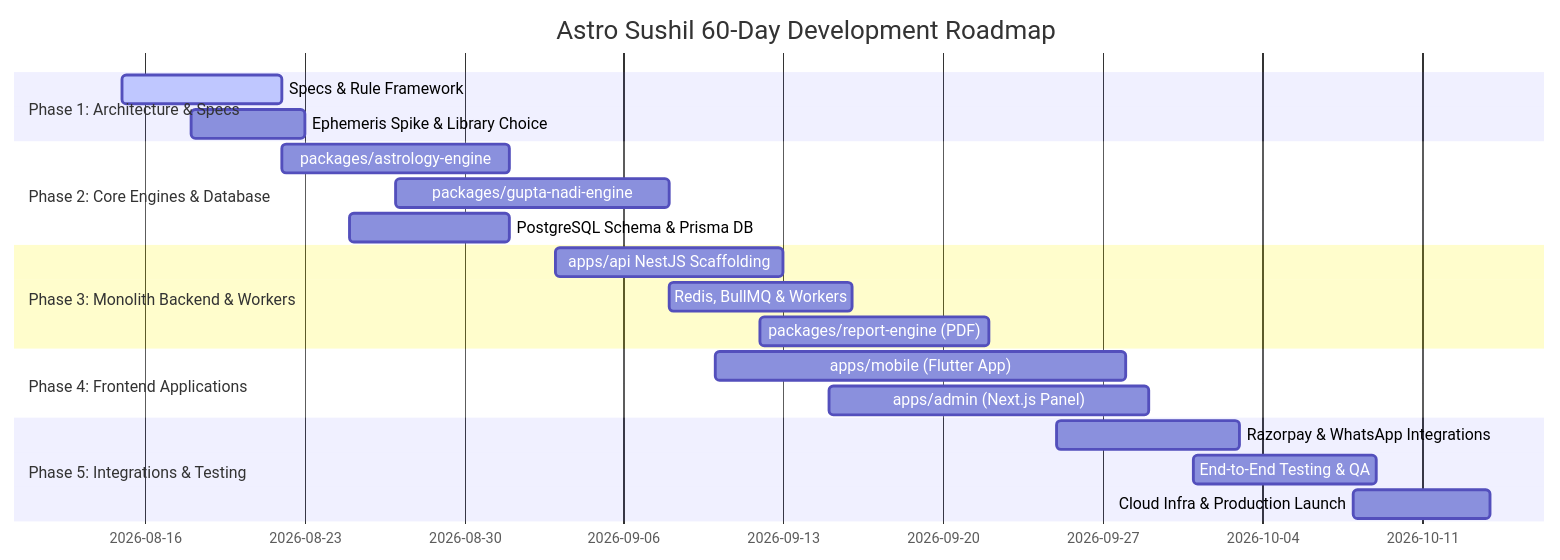
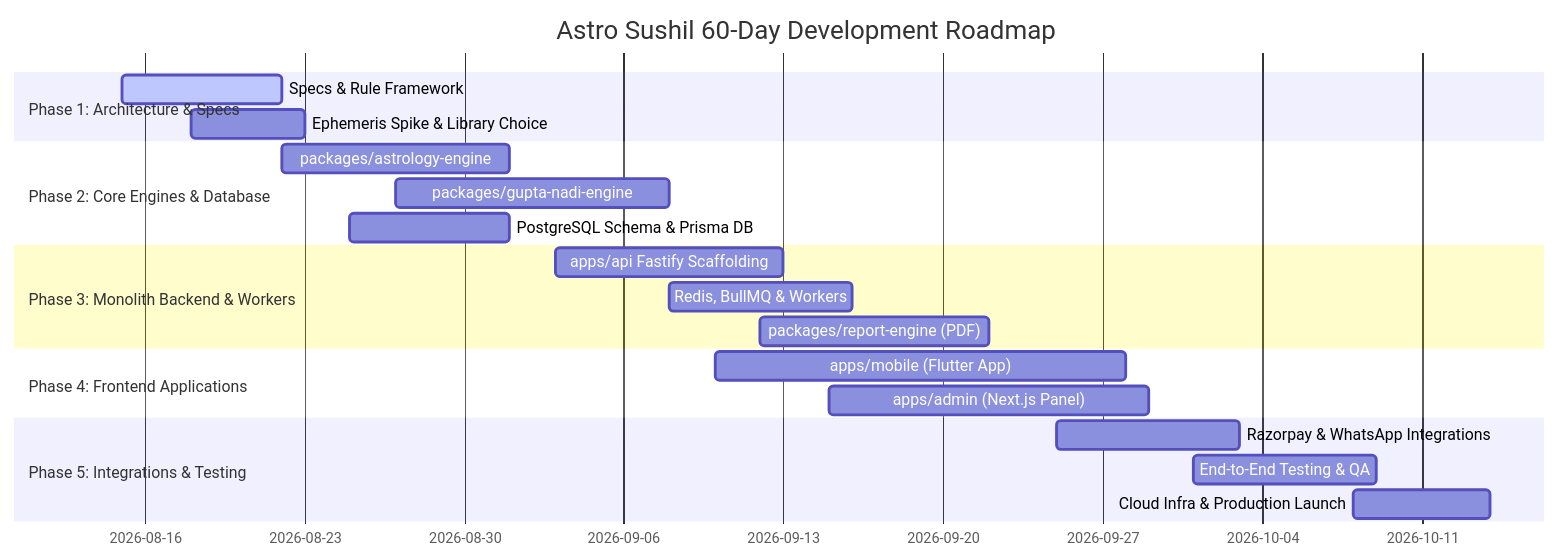
The diagram in docs/development-plan.md (vedantsinggh/astrosushil), drawn with Mermaid before and after one commit. The commit also changed other lines of this file and 189 other files, not shown here.

````diff
--- a/docs/development-plan.md
+++ b/docs/development-plan.md
@@ -9,27 +9,27 @@
 ```mermaid
 gantt
     title Astro Sushil 60-Day Development Roadmap
     dateFormat  YYYY-MM-DD
     section Phase 1: Architecture & Specs
     Specs & Rule Framework        :active, p1, 2026-08-15, 7d
     Ephemeris Spike & Library Choice: p2, 2026-08-18, 5d
 
     section Phase 2: Core Engines & Database
     packages/astrology-engine     :p3, 2026-08-22, 10d
     packages/gupta-nadi-engine    :p4, 2026-08-27, 12d
     PostgreSQL Schema & Prisma DB :p5, 2026-08-25, 7d
 
     section Phase 3: Monolith Backend & Workers
-    apps/api NestJS Scaffolding   :p6, 2026-09-03, 10d
+    apps/api Fastify Scaffolding  :p6, 2026-09-03, 10d
     Redis, BullMQ & Workers       :p7, 2026-09-08, 8d
     packages/report-engine (PDF)  :p8, 2026-09-12, 10d
 
     section Phase 4: Frontend Applications
     apps/mobile (Flutter App)     :p9, 2026-09-10, 18d
     apps/admin (Next.js Panel)    :p10, 2026-09-15, 14d
 
     section Phase 5: Integrations & Testing
     Razorpay & WhatsApp Integrations :p11, 2026-09-25, 8d
     End-to-End Testing & QA       :p12, 2026-10-01, 8d
     Cloud Infra & Production Launch :p13, 2026-10-08, 6d
 ```
````
